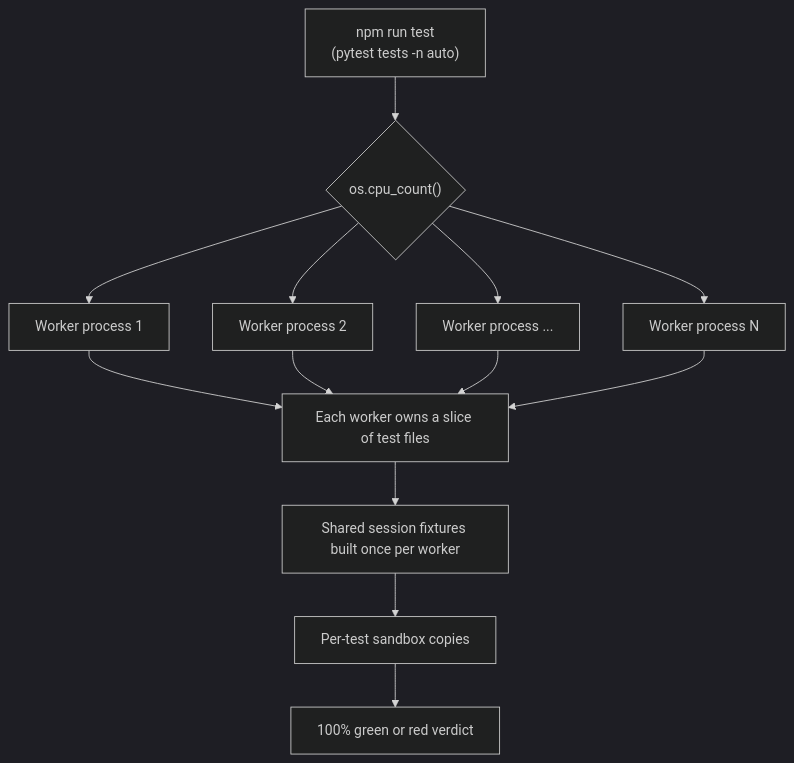
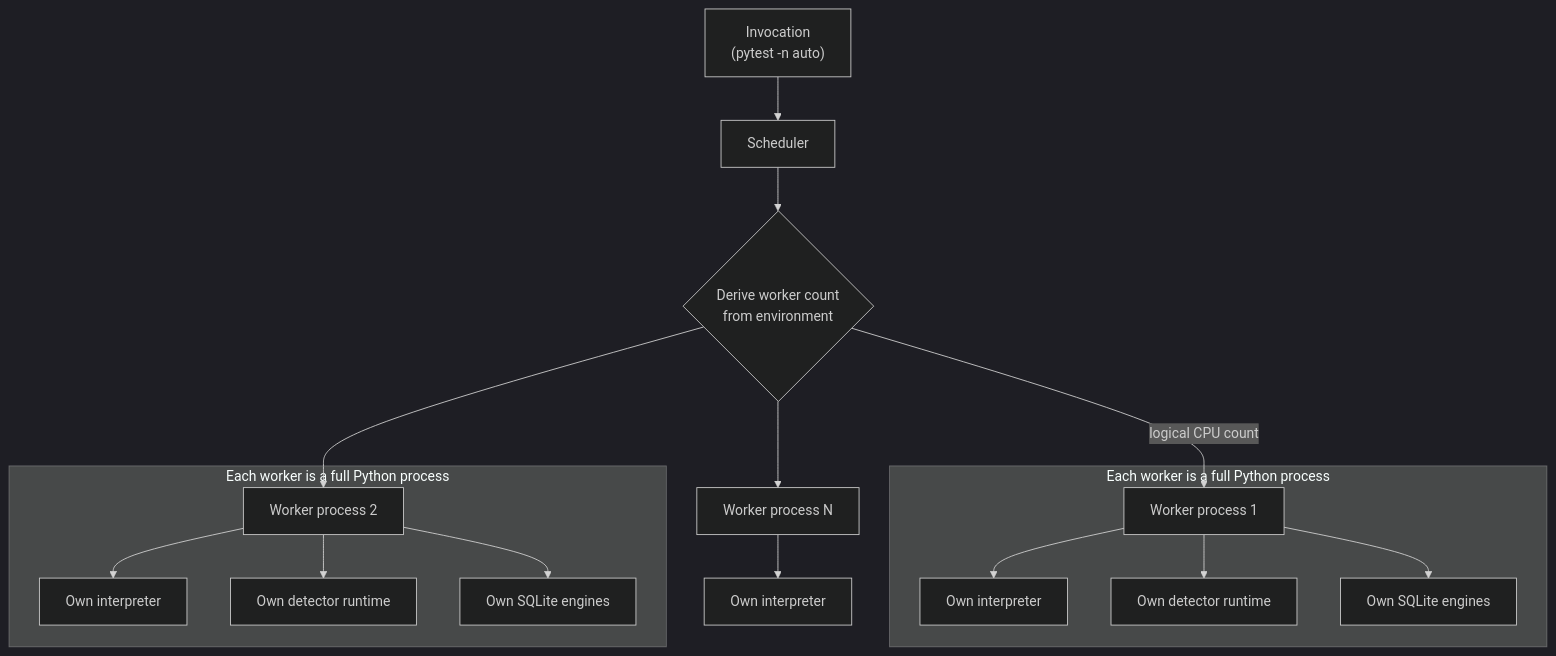
The fourth of 14 diagrams in docs/guide/testing.md (biszdevelopers/general-moderation), drawn with Mermaid (dark theme) before and after one commit. The commit also changed other lines of this file, not shown here.

Commit message:
[TEST-DOCS] Expand testing architecture guide to textbook depth, number-free

````diff
--- a/docs/guide/testing.md
+++ b/docs/guide/testing.md
@@ -48,15 +162,19 @@
 ```mermaid
-flowchart TD
-    R["npm run test<br/>(pytest tests -n auto)"] --> A{"os.cpu_count()"}
-    A --> W1["Worker process 1"]
-    A --> W2["Worker process 2"]
-    A --> W3["Worker process ..."]
-    A --> W4["Worker process N"]
-    W1 --> C["Each worker owns a slice of test files"]
-    W2 --> C
-    W3 --> C
-    W4 --> C
-    C --> D["Shared session fixtures built once per worker"]
-    D --> E["Per-test sandbox copies"]
-    E --> F["100% green or red verdict"]
+flowchart TB
+    S["Invocation<br/>(pytest -n auto)"] --> D["Scheduler"]
+    D --> C{"Derive worker count<br/>from environment"}
+    C -->|"logical CPU count"| W1["Worker process 1"]
+    C --> W2["Worker process 2"]
+    C --> WN["Worker process N"]
+    subgraph W1W["Each worker is a full Python process"]
+        W1 --> I1["Own interpreter"]
+        W1 --> R1["Own detector runtime"]
+        W1 --> D1["Own SQLite engines"]
+    end
+    subgraph W2W["Each worker is a full Python process"]
+        W2 --> I2["Own interpreter"]
+        W2 --> R2["Own detector runtime"]
+        W2 --> D2["Own SQLite engines"]
+    end
+    WN --> IN["Own interpreter"]
 ```
````
